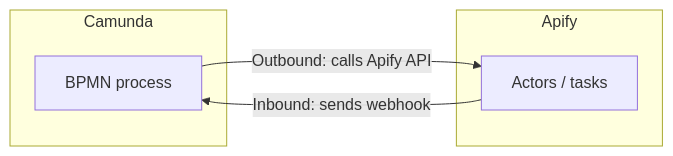
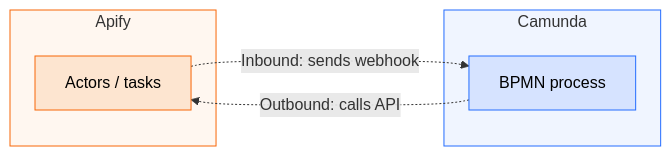
The first of 9 diagrams in sources/platform/integrations/workflows-and-notifications/camunda.md (apify/apify-docs), drawn with Mermaid before and after one commit. The commit also changed other lines of this file, not shown here.

Commit message:
docs: update Camunda integration documentation with enhanced descriptions, improved structure, and additional details on operations

````diff
--- a/sources/platform/integrations/workflows-and-notifications/camunda.md
+++ b/sources/platform/integrations/workflows-and-notifications/camunda.md
@@ -40,11 +47,18 @@
 ```mermaid
 graph LR
+    subgraph Apify
+        A[Actors / tasks]
+    end
     subgraph Camunda
         P[BPMN process]
     end
-    subgraph Apify
-        A[Actors / tasks]
-    end
-    P -- "Outbound: calls Apify API" --> A
-    A -- "Inbound: sends webhook" --> P
+    A -. "Inbound: sends webhook" .-> P
+    P -. "Outbound: calls API" .-> A
+
+    classDef apify fill:#fde5d0,stroke:#f86606,color:#000
+    classDef camunda fill:#d6e3ff,stroke:#246dff,color:#000
+    class A apify
+    class P camunda
+    style Apify fill:#fff7f0,stroke:#f86606
+    style Camunda fill:#f0f5ff,stroke:#246dff
 ```
````
